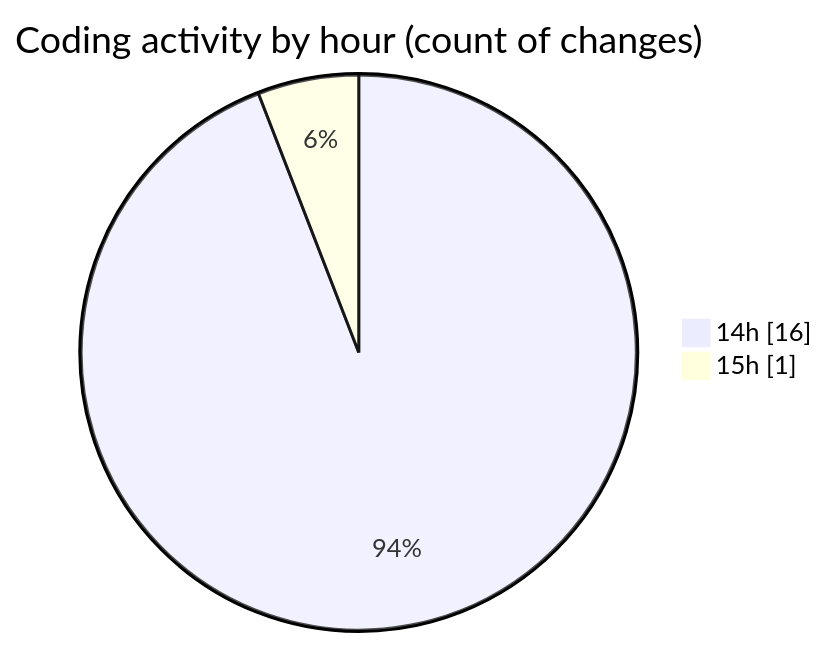
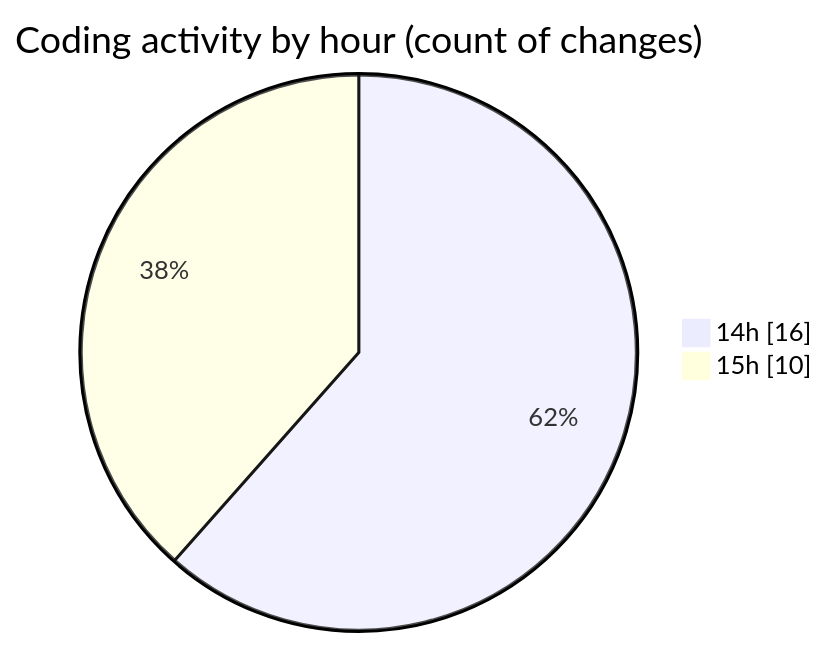
Before and after one commit to lephambinh05/code-tracking: the second of 2 diagrams in 2025-09-12/hiai-phf/README.md, drawn with Mermaid. The commit also changed other lines of this file and 1 other file, not shown here.

````diff
--- a/2025-09-12/hiai-phf/README.md
+++ b/2025-09-12/hiai-phf/README.md
@@ -36,6 +36,6 @@
 ```mermaid
 pie showData
 title Coding activity by hour (count of changes)
 "14h" : 16
-"15h" : 1
+"15h" : 10
 ```
````
